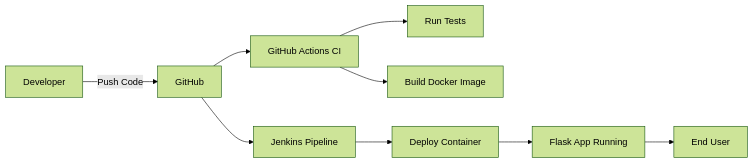
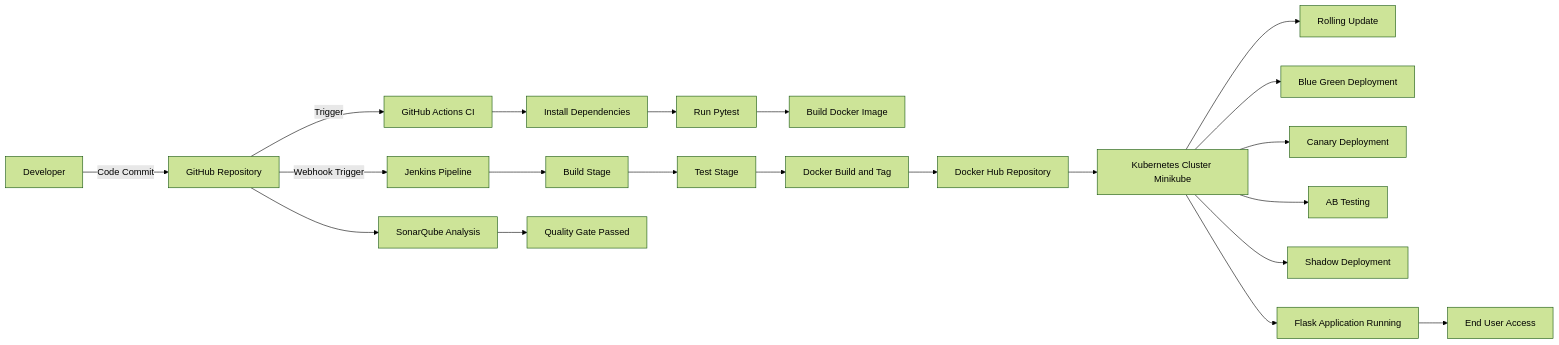
Before and after one commit to 2024TM93636/aceest-fitness-ci-cd: the diagram in README.md, drawn with Mermaid (forest theme). The commit also changed other lines of this file and 5 other files, not shown here.

````diff
--- a/README.md
+++ b/README.md
@@ -269,15 +231,31 @@
 ```mermaid
 flowchart LR
 
-Dev[Developer] -->|Push Code| GH[GitHub]
+Dev[Developer] -->|Code Commit| GitHub[GitHub Repository]
 
-GH --> GA[GitHub Actions CI]
-GA --> Test[Run Tests]
-GA --> Build[Build Docker Image]
+GitHub -->|Trigger| GHA[GitHub Actions CI]
+GHA --> Install[Install Dependencies]
+Install --> Test[Run Pytest]
+Test --> Build[Build Docker Image]
 
-GH --> Jenkins[Jenkins Pipeline]
-Jenkins --> Deploy[Deploy Container]
+GitHub -->|Webhook Trigger| Jenkins[Jenkins Pipeline]
+Jenkins --> JBuild[Build Stage]
+JBuild --> JTest[Test Stage]
+JTest --> JDocker[Docker Build and Tag]
 
-Deploy --> App[Flask App Running]
-App --> User[End User]
+JDocker --> Registry[Docker Hub Repository]
+
+Registry --> K8s[Kubernetes Cluster Minikube]
+
+K8s --> Rolling[Rolling Update]
+K8s --> BlueGreen[Blue Green Deployment]
+K8s --> Canary[Canary Deployment]
+K8s --> AB[AB Testing]
+K8s --> Shadow[Shadow Deployment]
+
+GitHub --> Sonar[SonarQube Analysis]
+Sonar --> Quality[Quality Gate Passed]
+
+K8s --> App[Flask Application Running]
+App --> User[End User Access]
 ```
````
